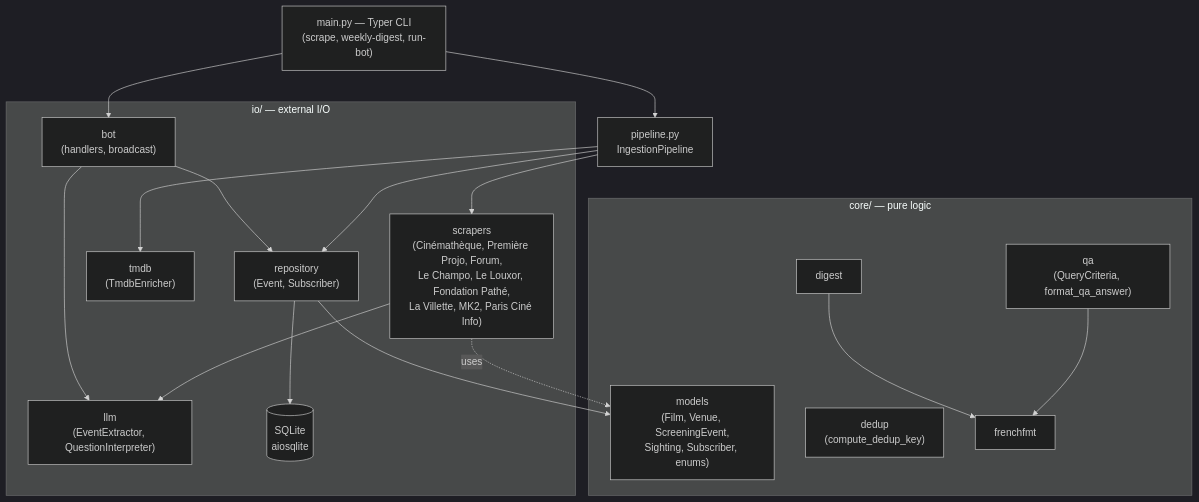
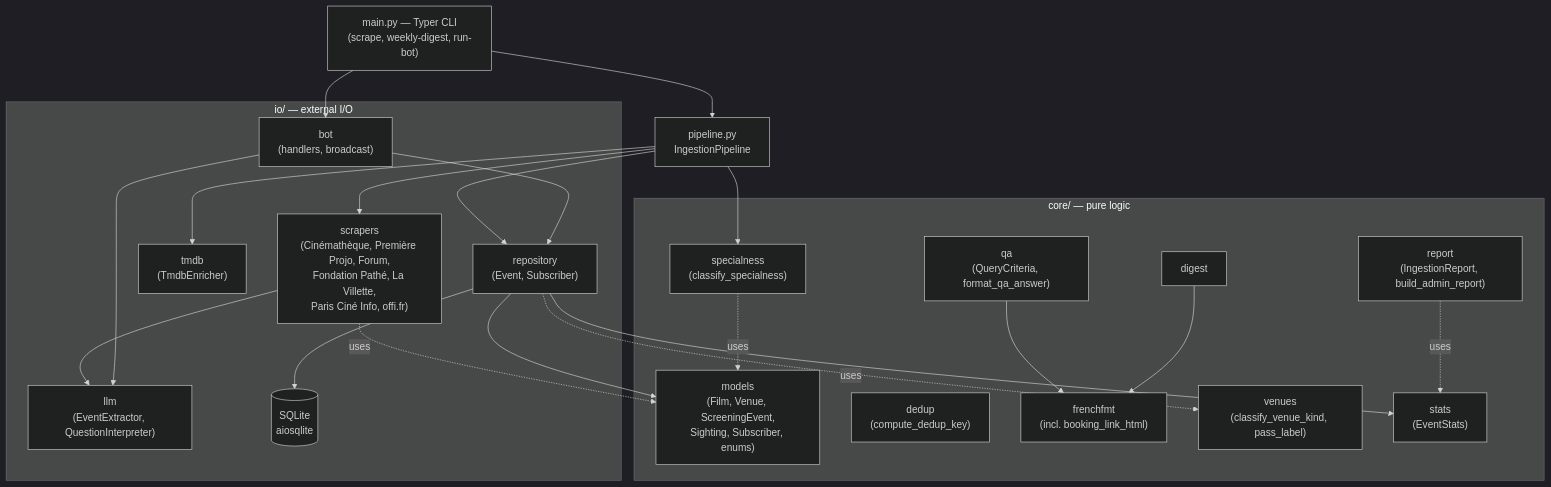
One commit to Pierrafrom/lanterne changed the first of 3 diagrams in docs/architecture.md. Above: the diagram before and after it, drawn with Mermaid (dark theme). The commit also changed other lines of this file and 43 other files, not shown here.

````diff
--- a/docs/architecture.md
+++ b/docs/architecture.md
@@ -23,37 +34,46 @@
 ```mermaid
 flowchart TD
     CLI["main.py — Typer CLI<br/>(scrape, weekly-digest, run-bot)"]
 
     subgraph core["core/ — pure logic"]
         models["models<br/>(Film, Venue, ScreeningEvent,<br/>Sighting, Subscriber, enums)"]
         dedup["dedup<br/>(compute_dedup_key)"]
         qa["qa<br/>(QueryCriteria, format_qa_answer)"]
         digest["digest"]
-        frenchfmt["frenchfmt"]
+        frenchfmt["frenchfmt<br/>(incl. booking_link_html)"]
+        specialness["specialness<br/>(classify_specialness)"]
+        venues["venues<br/>(classify_venue_kind, pass_label)"]
+        stats["stats<br/>(EventStats)"]
+        report["report<br/>(IngestionReport, build_admin_report)"]
     end
 
     subgraph io["io/ — external I/O"]
-        scrapers["scrapers<br/>(Cinémathèque, Première Projo, Forum,<br/>Le Champo, Le Louxor, Fondation Pathé,<br/>La Villette, MK2, Paris Ciné Info)"]
+        scrapers["scrapers<br/>(Cinémathèque, Première Projo, Forum,<br/>Fondation Pathé, La Villette,<br/>Paris Ciné Info, offi.fr)"]
         llm["llm<br/>(EventExtractor, QuestionInterpreter)"]
         tmdb["tmdb<br/>(TmdbEnricher)"]
         repo["repository<br/>(Event, Subscriber)"]
         db[("SQLite<br/>aiosqlite")]
         bot["bot<br/>(handlers, broadcast)"]
     end
 
     pipeline["pipeline.py<br/>IngestionPipeline"]
 
     CLI --> pipeline
     CLI --> bot
     pipeline --> scrapers
     pipeline --> tmdb
     pipeline --> repo
+    pipeline --> specialness
     scrapers --> llm
     repo --> db
+    repo --> stats
+    repo -.uses.-> venues
+    report -.uses.-> stats
     bot --> repo
     bot --> llm
     scrapers -.uses.-> models
     repo --> models
+    specialness -.uses.-> models
     qa --> frenchfmt
     digest --> frenchfmt
 ```
````
